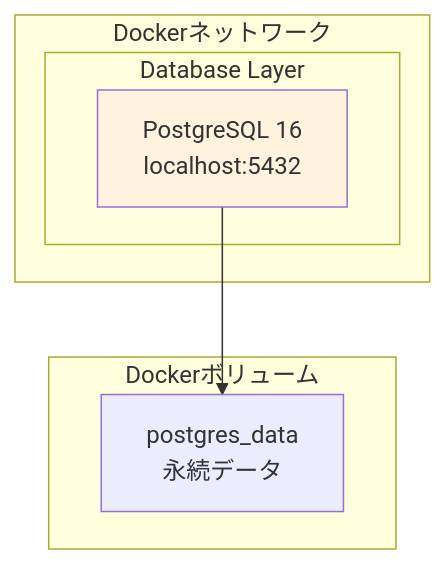
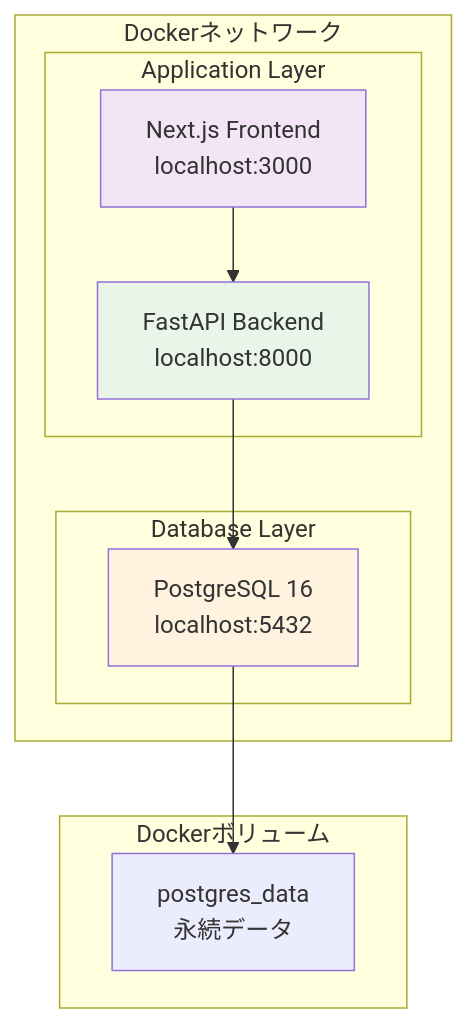
One commit to ss8806/Todos changed the second of 11 diagrams in .qoder/repowiki/ja/content/Dockerコンテナ化.md. Above: the diagram before and after it, drawn with Mermaid. The commit also changed other lines of this file and 11 other files, not shown here.

````diff
--- a/.qoder/repowiki/ja/content/Dockerコンテナ化.md
+++ b/.qoder/repowiki/ja/content/Dockerコンテナ化.md
@@ -76,13 +109,21 @@
 ```mermaid
 graph TB
 subgraph "Dockerネットワーク"
 subgraph "Database Layer"
 PG["PostgreSQL 16<br/>localhost:5432"]
 end
+subgraph "Application Layer"
+BACKEND["FastAPI Backend<br/>localhost:8000"]
+FRONTEND["Next.js Frontend<br/>localhost:3000"]
+end
 end
 subgraph "Dockerボリューム"
 DATA["postgres_data<br/>永続データ"]
 end
 PG --> DATA
+BACKEND --> PG
+FRONTEND --> BACKEND
 style PG fill:#fff3e0
+style BACKEND fill:#e8f5e8
+style FRONTEND fill:#f3e5f5
 ```
````
